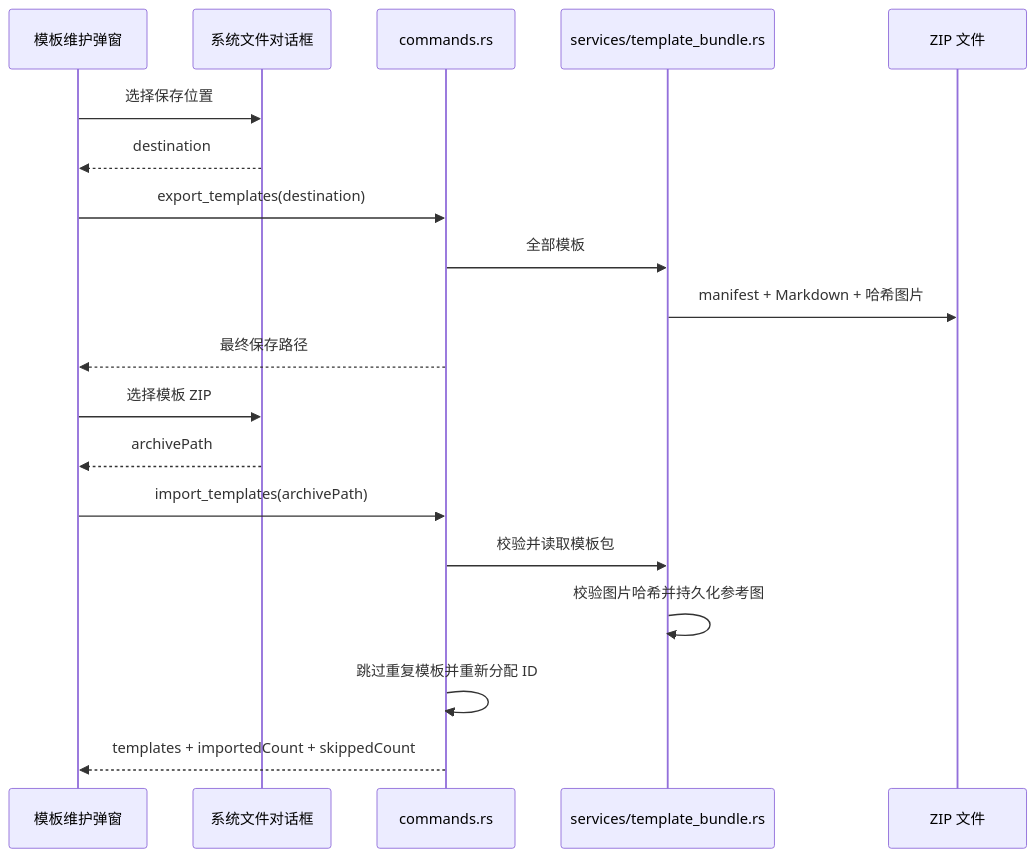
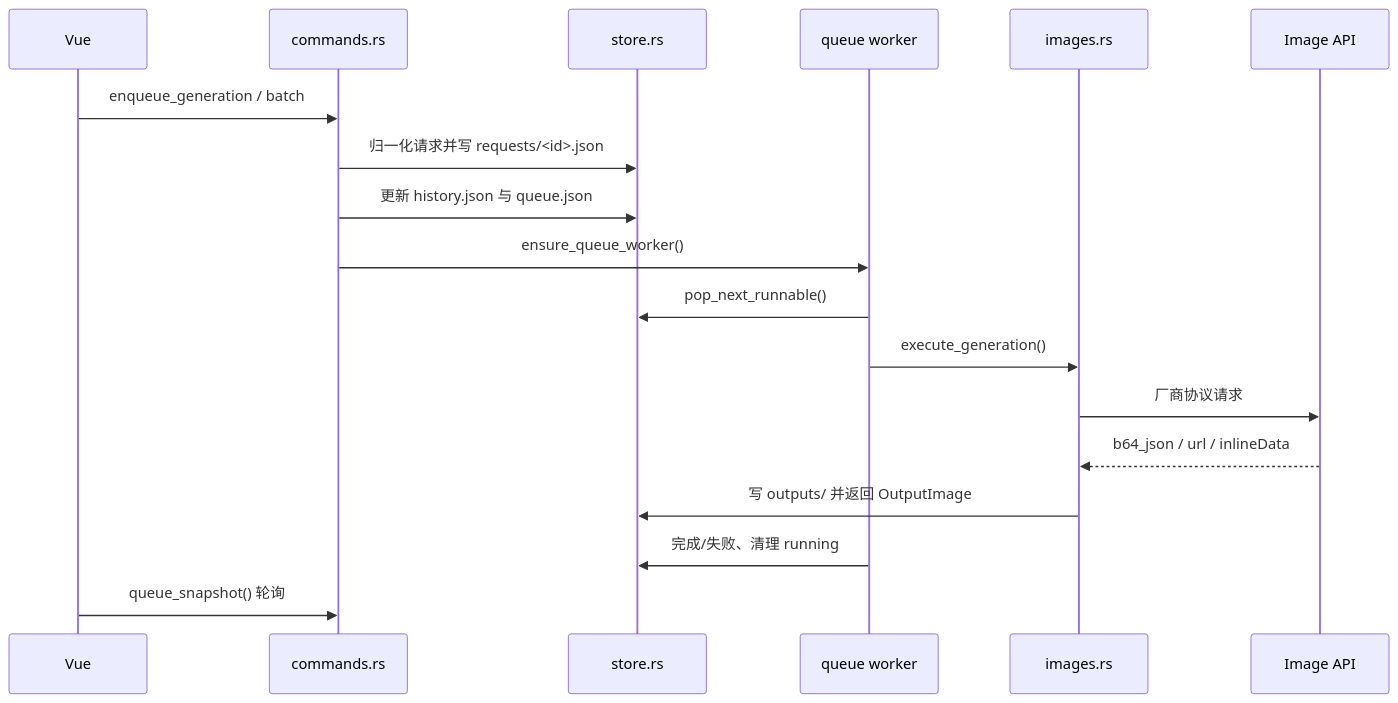
One commit to Tairraos/image-forge changed the third of 3 diagrams in docs/technical-design.md. Above: the diagram before and after it, drawn with Mermaid. The commit also changed other lines of this file and 1 other file, not shown here.

````diff
--- a/docs/technical-design.md
+++ b/docs/technical-design.md
@@ -466,22 +192,21 @@
 ```mermaid
 sequenceDiagram
-  participant UI as 模板维护弹窗
-  participant Dialog as 系统文件对话框
+  participant UI as Vue
   participant Cmd as commands.rs
-  participant Bundle as services/template_bundle.rs
-  participant Zip as ZIP 文件
+  participant Store as store.rs
+  participant Worker as queue worker
+  participant Images as images.rs
+  participant API as Image API
 
-  UI->>Dialog: 选择保存位置
-  Dialog-->>UI: destination
-  UI->>Cmd: export_templates(destination)
-  Cmd->>Bundle: 全部模板
-  Bundle->>Zip: manifest + Markdown + 哈希图片
-  Cmd-->>UI: 最终保存路径
-  UI->>Dialog: 选择模板 ZIP
-  Dialog-->>UI: archivePath
-  UI->>Cmd: import_templates(archivePath)
-  Cmd->>Bundle: 校验并读取模板包
-  Bundle->>Bundle: 校验图片哈希并持久化参考图
-  Cmd->>Cmd: 跳过重复模板并重新分配 ID
-  Cmd-->>UI: templates + importedCount + skippedCount
+  UI->>Cmd: enqueue_generation / batch
+  Cmd->>Store: 归一化请求并写 requests/<id>.json
+  Cmd->>Store: 更新 history.json 与 queue.json
+  Cmd->>Worker: ensure_queue_worker()
+  Worker->>Store: pop_next_runnable()
+  Worker->>Images: execute_generation()
+  Images->>API: 厂商协议请求
+  API-->>Images: b64_json / url / inlineData
+  Images->>Store: 写 outputs/ 并返回 OutputImage
+  Worker->>Store: 完成/失败、清理 running
+  UI->>Cmd: queue_snapshot() 轮询
 ```
````
